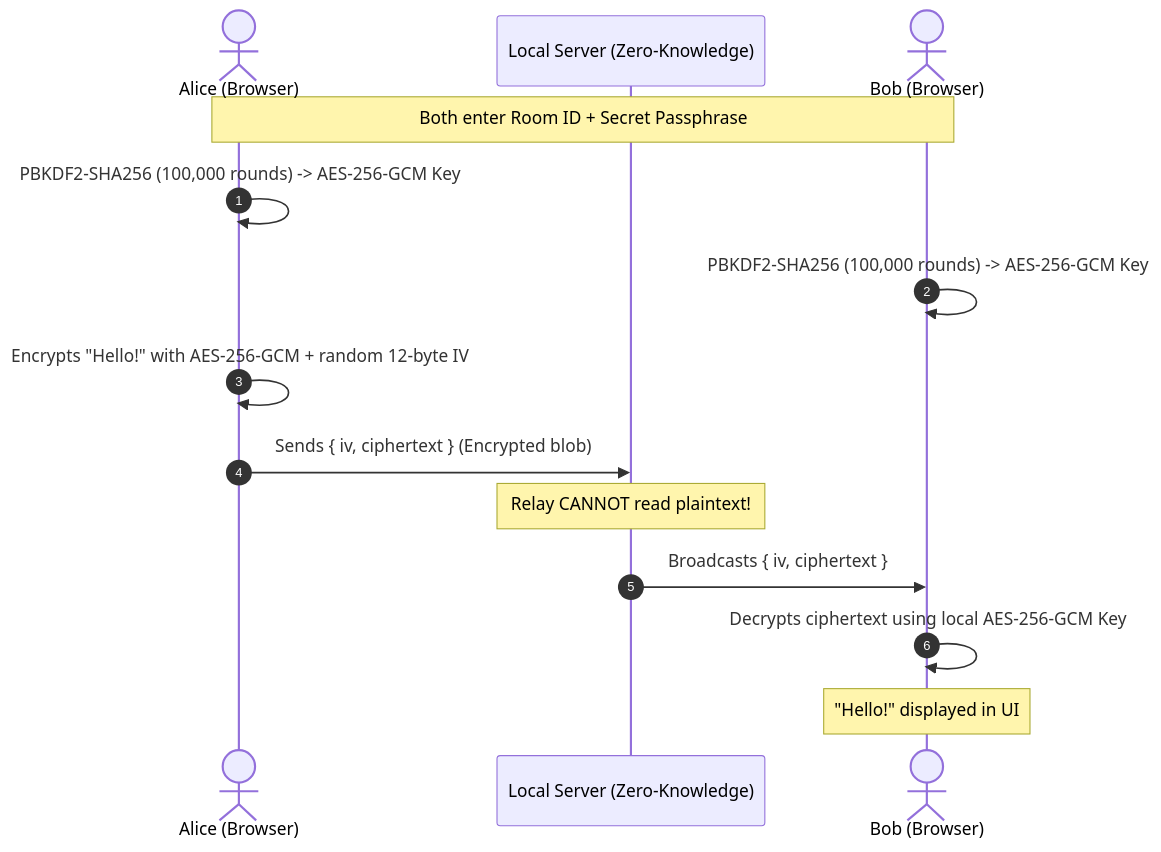
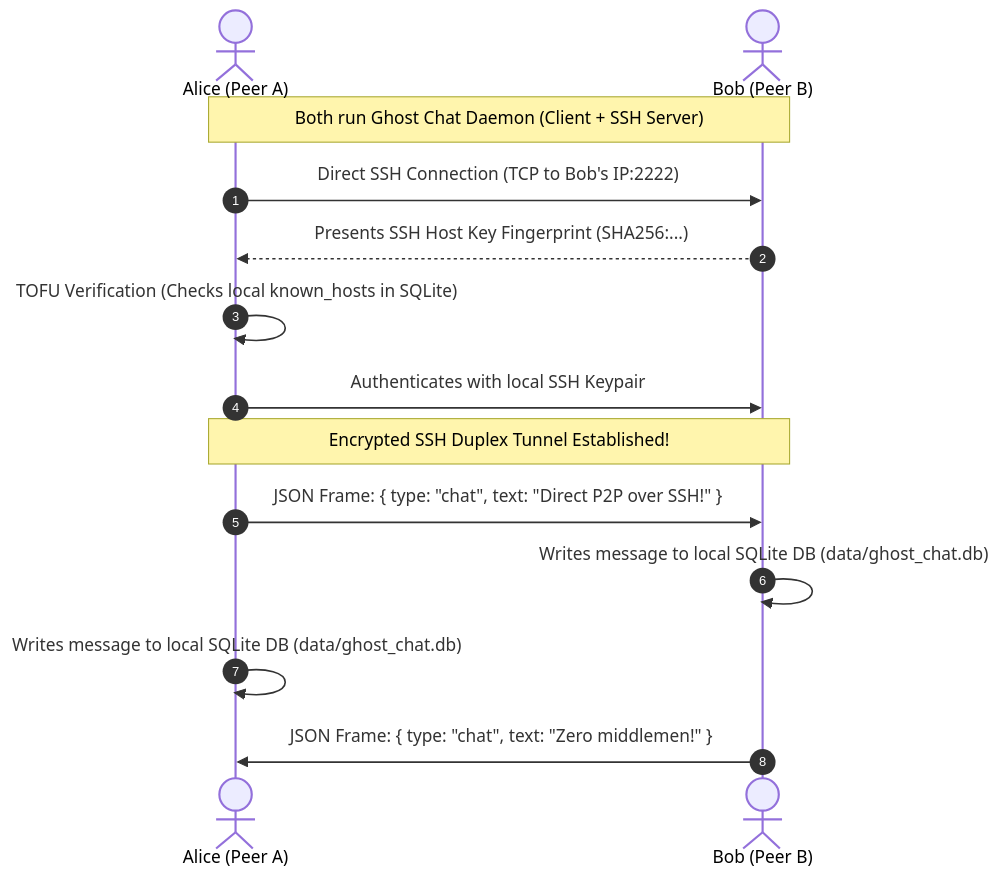
One commit to anshk1234/Ghost-Chat changed the diagram in README.md. Above: the diagram before and after it, drawn with Mermaid. The commit also changed other lines of this file and 13 other files, not shown here.

Commit message:
feat: complete overhaul to direct P2P SSH messenger with Terminal UI

````diff
--- a/README.md
+++ b/README.md
@@ -28,18 +25,17 @@
 ```mermaid
 sequenceDiagram
     autonumber
-    actor Alice as Alice (Browser)
-    participant Relay as Local Server (Zero-Knowledge)
-    actor Bob as Bob (Browser)
+    actor Alice as Alice (Peer A)
+    actor Bob as Bob (Peer B)
 
-    Note over Alice,Bob: Both enter Room ID + Secret Passphrase
-    Alice->>Alice: PBKDF2-SHA256 (100,000 rounds) -> AES-256-GCM Key
-    Bob->>Bob: PBKDF2-SHA256 (100,000 rounds) -> AES-256-GCM Key
-
-    Alice->>Alice: Encrypts "Hello!" with AES-256-GCM + random 12-byte IV
-    Alice->>Relay: Sends { iv, ciphertext } (Encrypted blob)
-    Note over Relay: Relay CANNOT read plaintext!
-    Relay->>Bob: Broadcasts { iv, ciphertext }
-    Bob->>Bob: Decrypts ciphertext using local AES-256-GCM Key
-    Note over Bob: "Hello!" displayed in UI
+    Note over Alice,Bob: Both run Ghost Chat Daemon (Client + SSH Server)
+    Alice->>Bob: Direct SSH Connection (TCP to Bob's IP:2222)
+    Bob-->>Alice: Presents SSH Host Key Fingerprint (SHA256:...)
+    Alice->>Alice: TOFU Verification (Checks local known_hosts in SQLite)
+    Alice->>Bob: Authenticates with local SSH Keypair
+    Note over Alice,Bob: Encrypted SSH Duplex Tunnel Established!
+    Alice->>Bob: JSON Frame: { type: "chat", text: "Direct P2P over SSH!" }
+    Bob->>Bob: Writes message to local SQLite DB (data/ghost_chat.db)
+    Alice->>Alice: Writes message to local SQLite DB (data/ghost_chat.db)
+    Bob->>Alice: JSON Frame: { type: "chat", text: "Zero middlemen!" }
 ```
````
